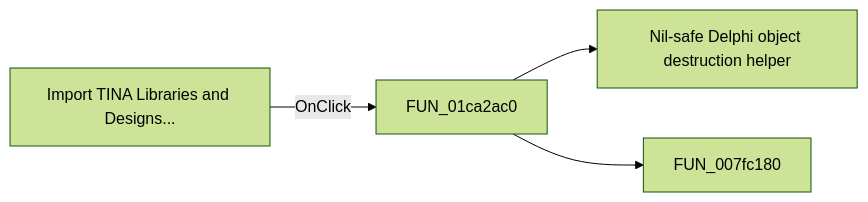
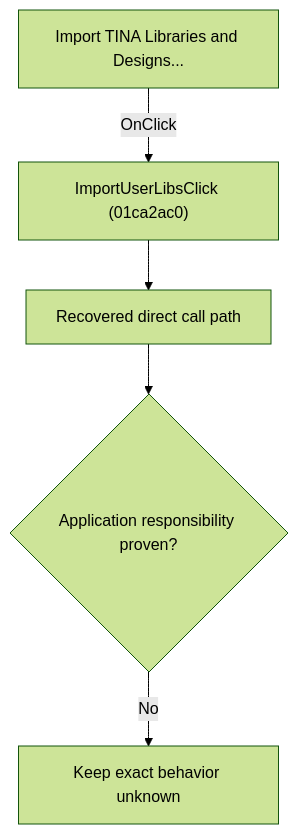
The diagram in docs/ui-controls/schematiceditor/importuserlibs-c355d14e3b.md (MovGP0/TIARA), drawn with Mermaid (forest theme) before and after one commit. The commit also changed other lines of this file and 1062 other files, not shown here.

````diff
--- a/docs/ui-controls/schematiceditor/importuserlibs-c355d14e3b.md
+++ b/docs/ui-controls/schematiceditor/importuserlibs-c355d14e3b.md
@@ -27,6 +27,7 @@
 ```mermaid
-flowchart LR
-    control["Import TINA Libraries and Designs..."] -->|OnClick| handler["FUN_01ca2ac0"]
-    handler --> call1["Nil-safe Delphi object destruction helper"]
-    handler --> call2["FUN_007fc180"]
+flowchart TD
+    control["Import TINA Libraries and Designs..."] -->|"OnClick"| handler["ImportUserLibsClick (01ca2ac0)"]
+    handler --> recovered["Recovered direct call path"]
+    recovered --> gap{"Application responsibility proven?"}
+    gap -->|"No"| blocked["Keep exact behavior unknown"]
 ```
````
